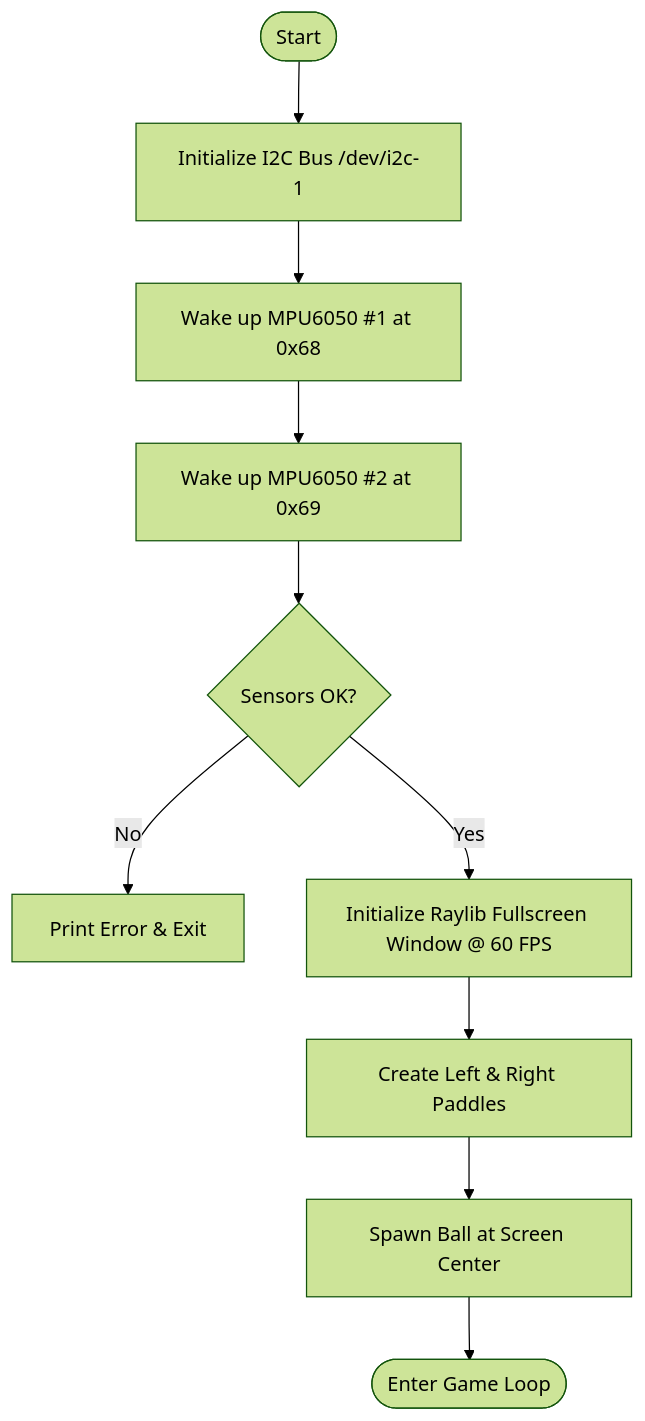
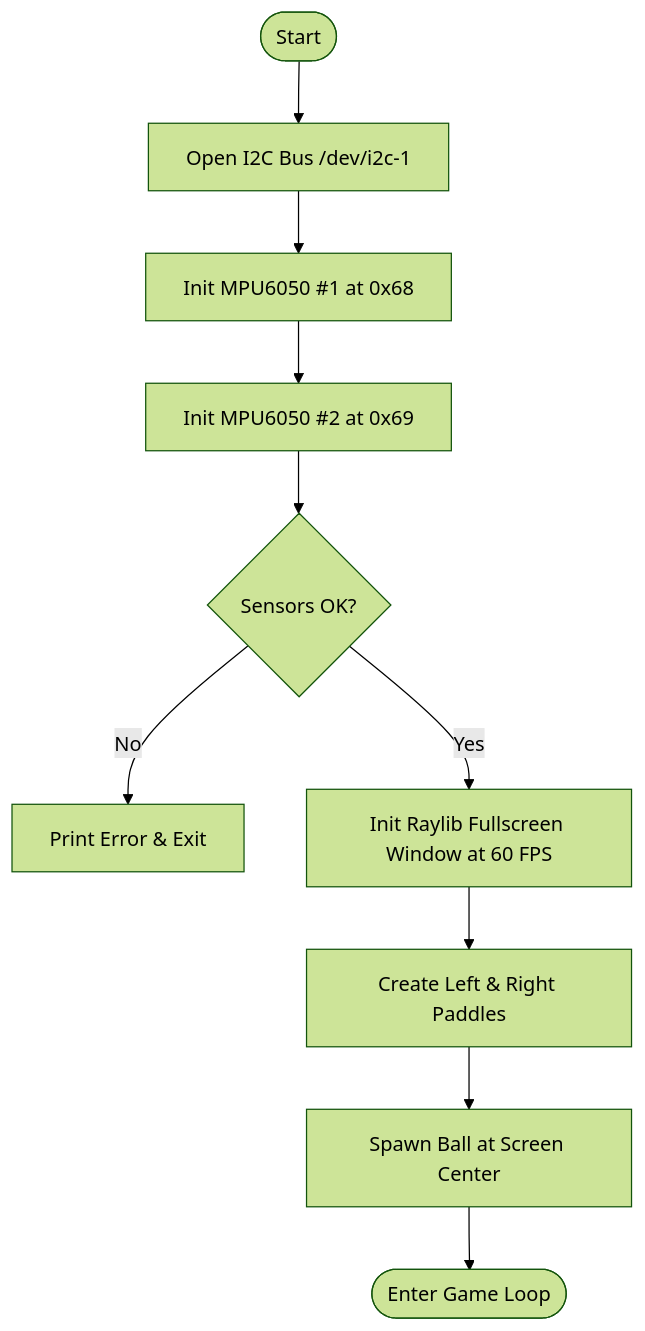
Before and after one commit to viraj-pradhan/SKILLLAB_PROR-2026-AirPaddle: the first of 3 diagrams in README.md, drawn with Mermaid (forest theme). The commit also changed other lines of this file, not shown here.

````diff
--- a/README.md
+++ b/README.md
@@ -100,12 +255,12 @@
 ```mermaid
 flowchart TD
-    A([Start]) --> B[Initialize I2C Bus /dev/i2c-1]
-    B --> C[Wake up MPU6050 #1 at 0x68]
-    C --> D[Wake up MPU6050 #2 at 0x69]
+    A([Start]) --> B[Open I2C Bus /dev/i2c-1]
+    B --> C[Init MPU6050 #1 at 0x68]
+    C --> D[Init MPU6050 #2 at 0x69]
     D --> E{Sensors OK?}
     E -- No --> F[Print Error & Exit]
-    E -- Yes --> G[Initialize Raylib Fullscreen Window @ 60 FPS]
+    E -- Yes --> G[Init Raylib Fullscreen Window at 60 FPS]
     G --> H[Create Left & Right Paddles]
     H --> I[Spawn Ball at Screen Center]
     I --> J([Enter Game Loop])
 ```
````
